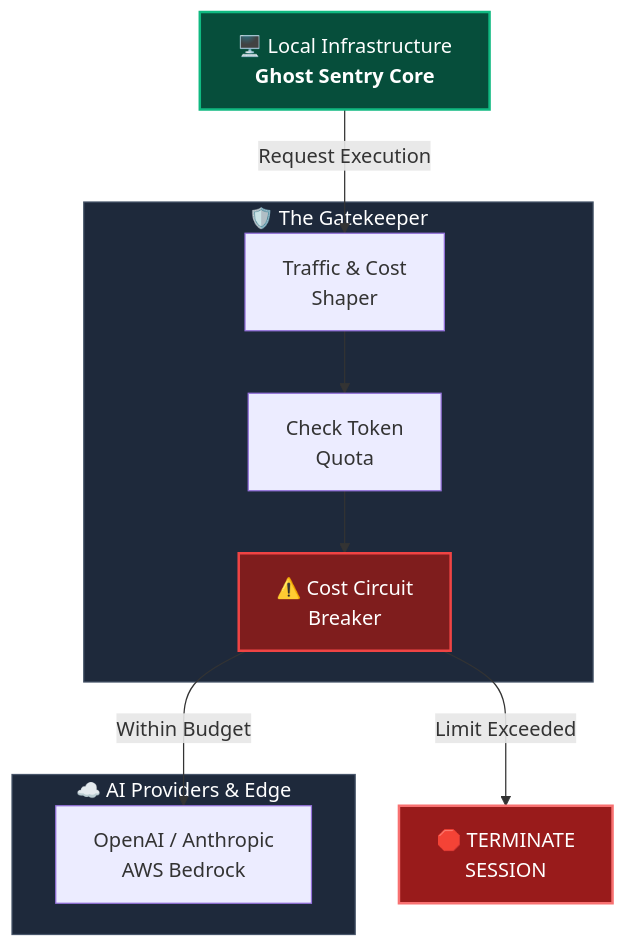
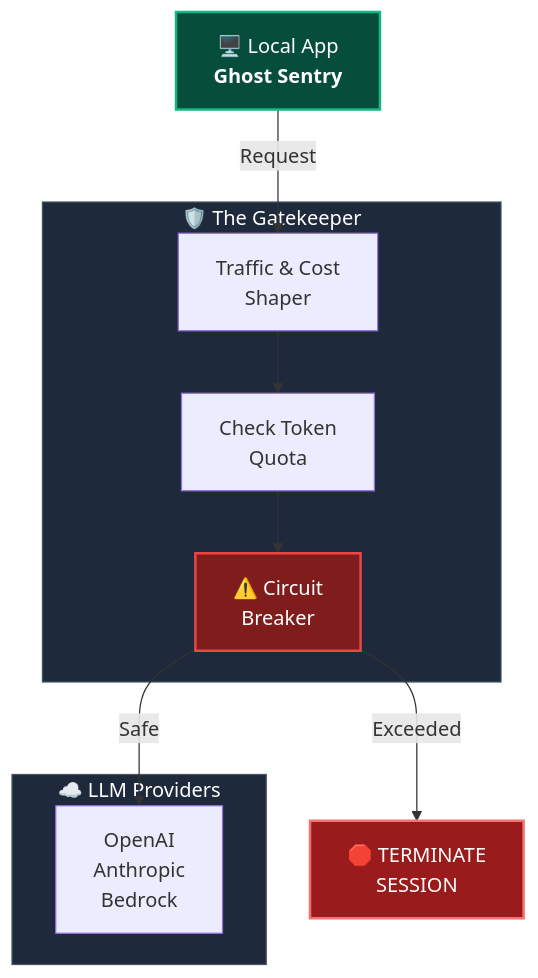
One commit to thiagonazario/ghost-sentry-token-gate changed the diagram in README.md. Above: the diagram before and after it, drawn with Mermaid.

Commit message:
Update architecture diagram in README.md

````diff
--- a/README.md
+++ b/README.md
@@ -24,28 +24,28 @@
 ```mermaid
 flowchart TD
-    CLI["🖥️ Local Infrastructure<br/><b>Ghost Sentry Core</b>"]
-    CLI -->|"Request Execution"| Shaper
+    CLI["🖥️ Local App<br/><b>Ghost Sentry</b>"]
+    CLI -->|"Request"| Shaper
 
     subgraph Gatekeeper ["🛡️ The Gatekeeper"]
         Shaper["Traffic & Cost<br/>Shaper"]
         Quota["Check Token<br/>Quota"]
-        Breaker["⚠️ Cost Circuit<br/>Breaker"]
+        Breaker["⚠️ Circuit<br/>Breaker"]
         
         Shaper --> Quota --> Breaker
     end
 
-    Breaker -->|"Within Budget"| Safe
-    Breaker -->|"Limit Exceeded"| Kill
+    Breaker -->|"Safe"| Safe
+    Breaker -->|"Exceeded"| Kill
 
-    subgraph Providers ["☁️ AI Providers & Edge"]
-        Safe["OpenAI / Anthropic<br/>AWS Bedrock"]
+    subgraph Providers ["☁️ LLM Providers"]
+        Safe["OpenAI<br/>Anthropic<br/>Bedrock"]
     end
 
     Kill["🛑 TERMINATE<br/>SESSION"]
 
     style Breaker fill:#7f1d1d,stroke:#ef4444,stroke-width:2px,color:#fff
     style Kill fill:#991b1b,stroke:#f87171,stroke-width:2px,color:#fff
     style CLI fill:#064e3b,stroke:#10b981,stroke-width:2px,color:#fff
     style Gatekeeper fill:#1e293b,stroke:#475569,stroke-width:1px,color:#fff
     style Providers fill:#1e293b,stroke:#475569,stroke-width:1px,color:#fff
 ```
````
